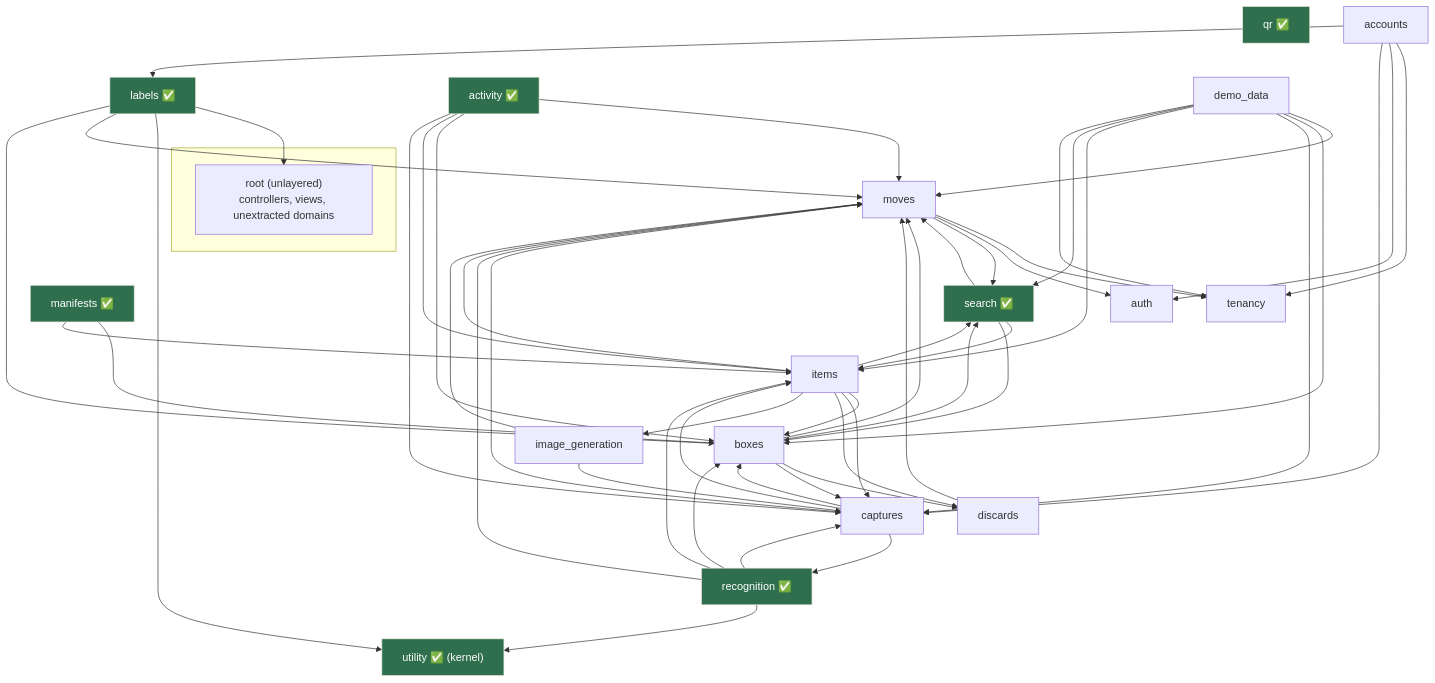
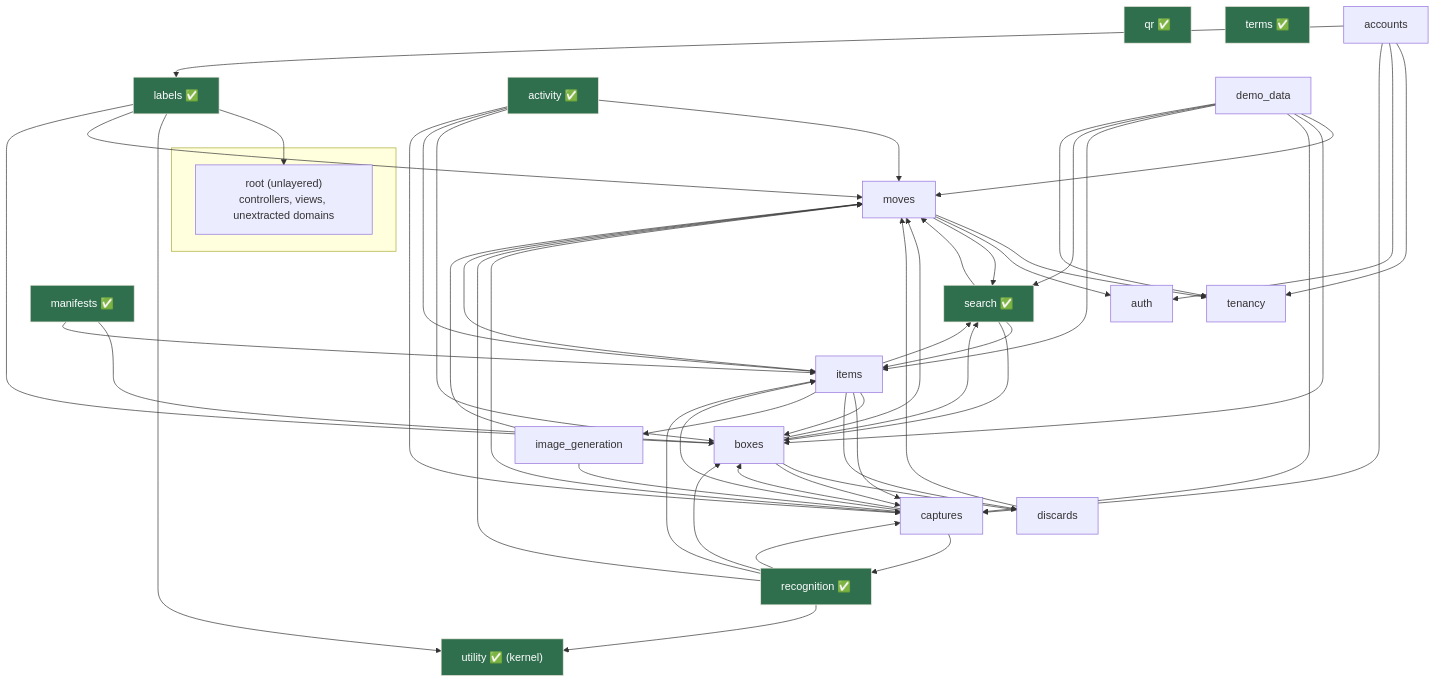
Before and after one commit to joel/move: the diagram in doc/project/packwerk-boundaries.md, drawn with Mermaid. The commit also changed 3 other files, not shown here.

````diff
--- a/doc/project/packwerk-boundaries.md
+++ b/doc/project/packwerk-boundaries.md
@@ -154,42 +154,43 @@
 ```mermaid
 graph TD
     subgraph application [" "]
       root["root (unlayered)<br/>controllers, views, unextracted domains"]
     end
 
     labels["labels ✅"]
     utility["utility ✅ (kernel)"]
     boxes["boxes"]
     items["items"]
     moves["moves"]
     captures["captures"]
     recognition["recognition ✅"]
     search["search ✅"]
     image_gen["image_generation"]
     activity["activity ✅"]
     qr["qr ✅"]
+    terms["terms ✅"]
     manifests["manifests ✅"]
     discards["discards"]
     accounts["accounts"]
     demo["demo_data"]
     tenancy["tenancy"]
     auth["auth"]
 
     labels --> root & utility
     boxes --> moves & discards & search & captures
     items --> boxes & moves & captures & discards & image_gen & search
     captures --> moves & boxes & items & recognition
     recognition --> moves & boxes & items & captures & utility
     search --> moves & items & boxes
     moves --> tenancy & auth & search
     image_gen --> moves & captures
     activity --> moves & boxes & items & captures
     manifests --> boxes & items
     labels --> moves & boxes
     accounts --> tenancy & auth & captures & labels
     demo --> moves & boxes & captures & items & search & tenancy
     discards --> moves
 
     classDef done fill:#2f6f4e,stroke:#ECE7DC,color:#fff;
-    class labels,utility,manifests,search,recognition,activity,qr done;
+    class labels,utility,manifests,search,recognition,activity,qr,terms done;
 ```
````
